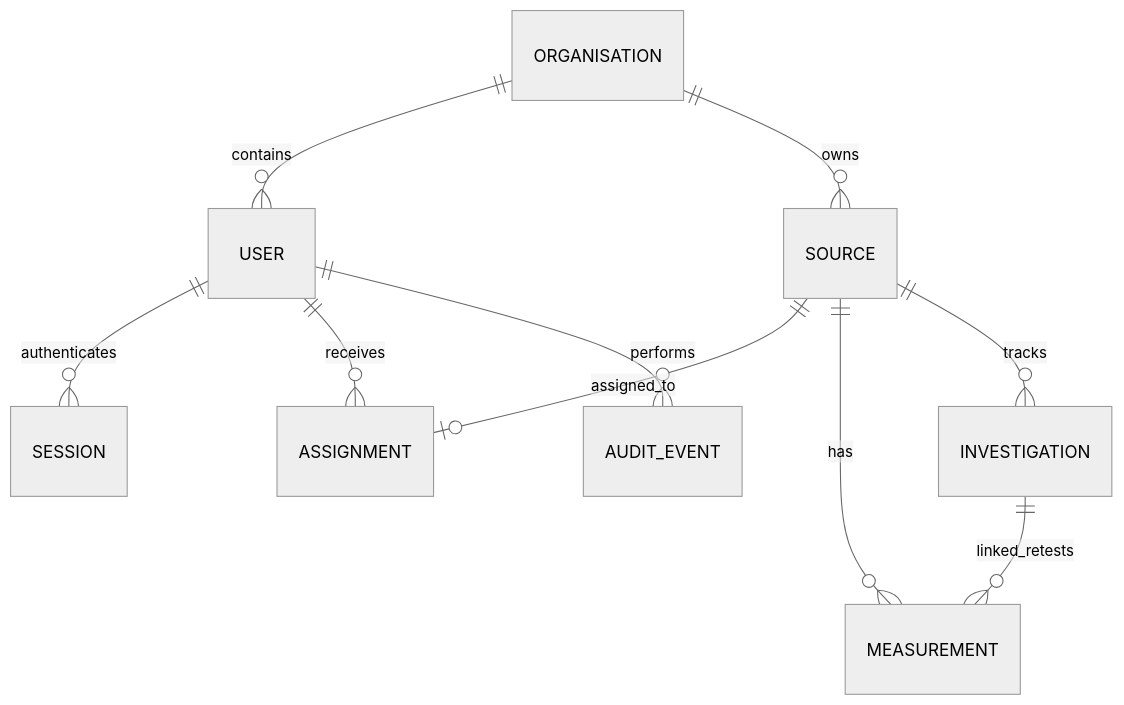
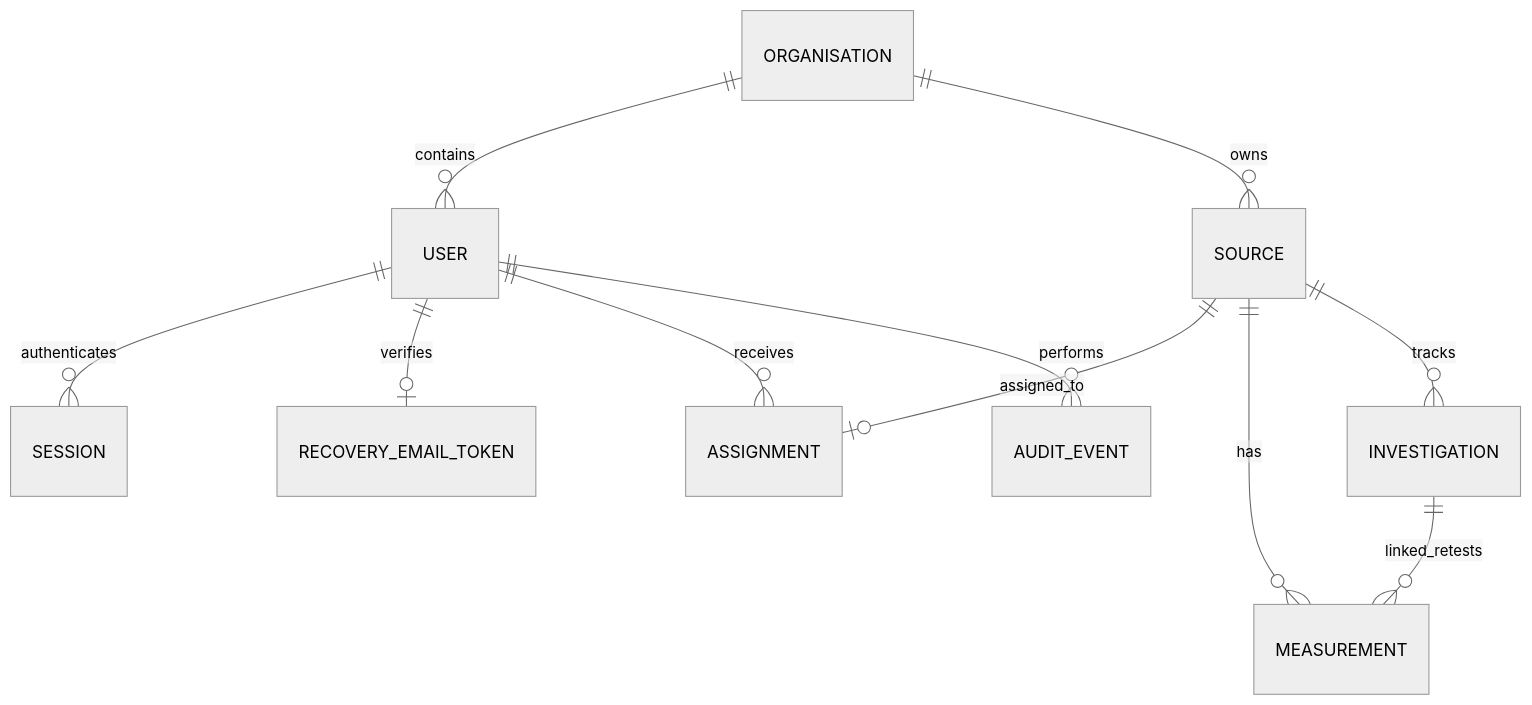
The second of 4 diagrams in docs/technical-design.md (thisisanubhav/jalrakshak), drawn with Mermaid (neutral theme) before and after one commit. The commit also changed other lines of this file, not shown here.

Commit message:
docs: refresh architecture and account recovery diagrams

````diff
--- a/docs/technical-design.md
+++ b/docs/technical-design.md
@@ -64,12 +65,13 @@
 ```mermaid
 erDiagram
   ORGANISATION ||--o{ USER : contains
   USER ||--o{ SESSION : authenticates
+  USER ||--o| RECOVERY_EMAIL_TOKEN : verifies
   ORGANISATION ||--o{ SOURCE : owns
   USER ||--o{ ASSIGNMENT : receives
   SOURCE ||--o| ASSIGNMENT : assigned_to
   SOURCE ||--o{ MEASUREMENT : has
   SOURCE ||--o{ INVESTIGATION : tracks
   INVESTIGATION ||--o{ MEASUREMENT : linked_retests
   USER ||--o{ AUDIT_EVENT : performs
 ```
````
